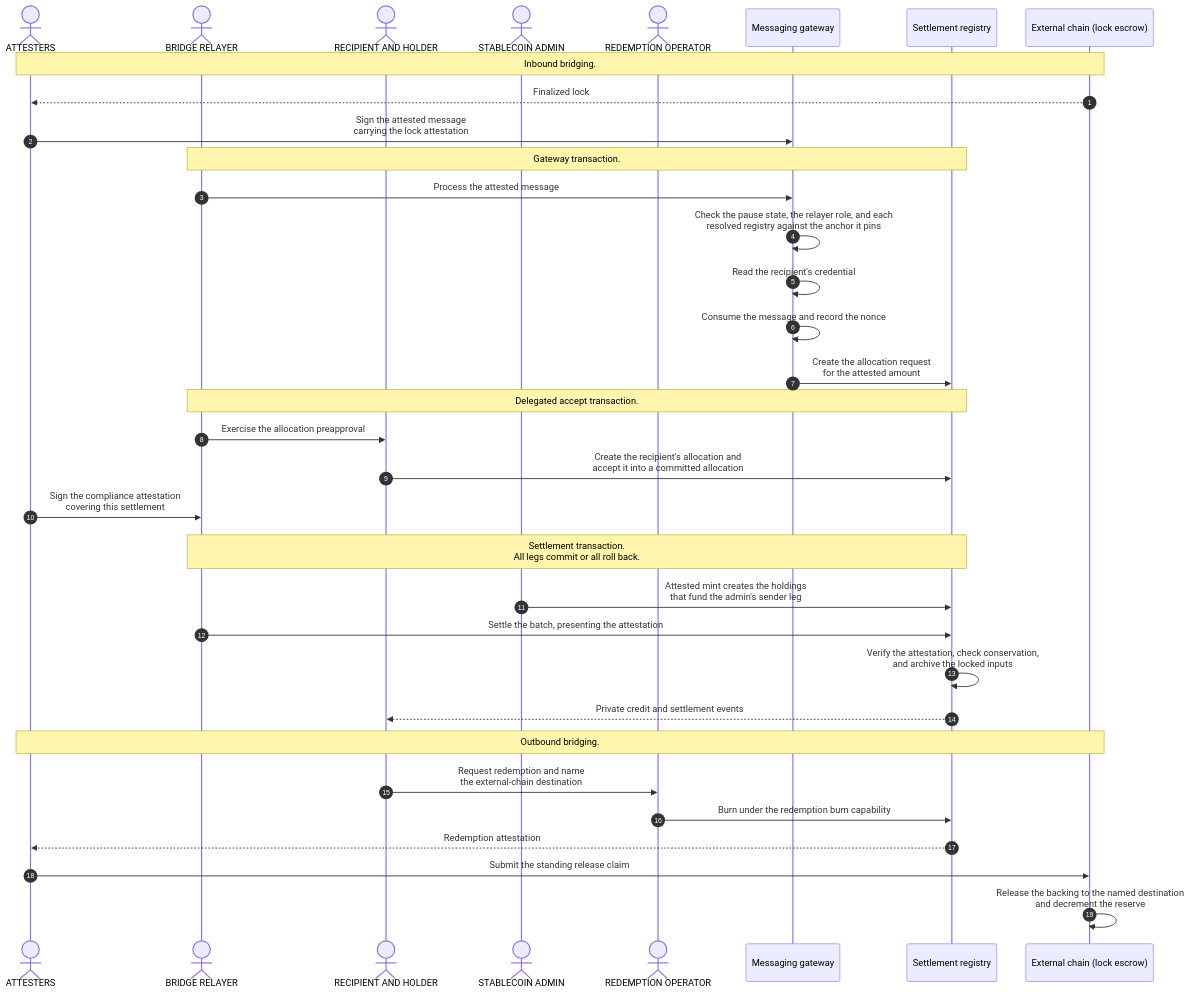
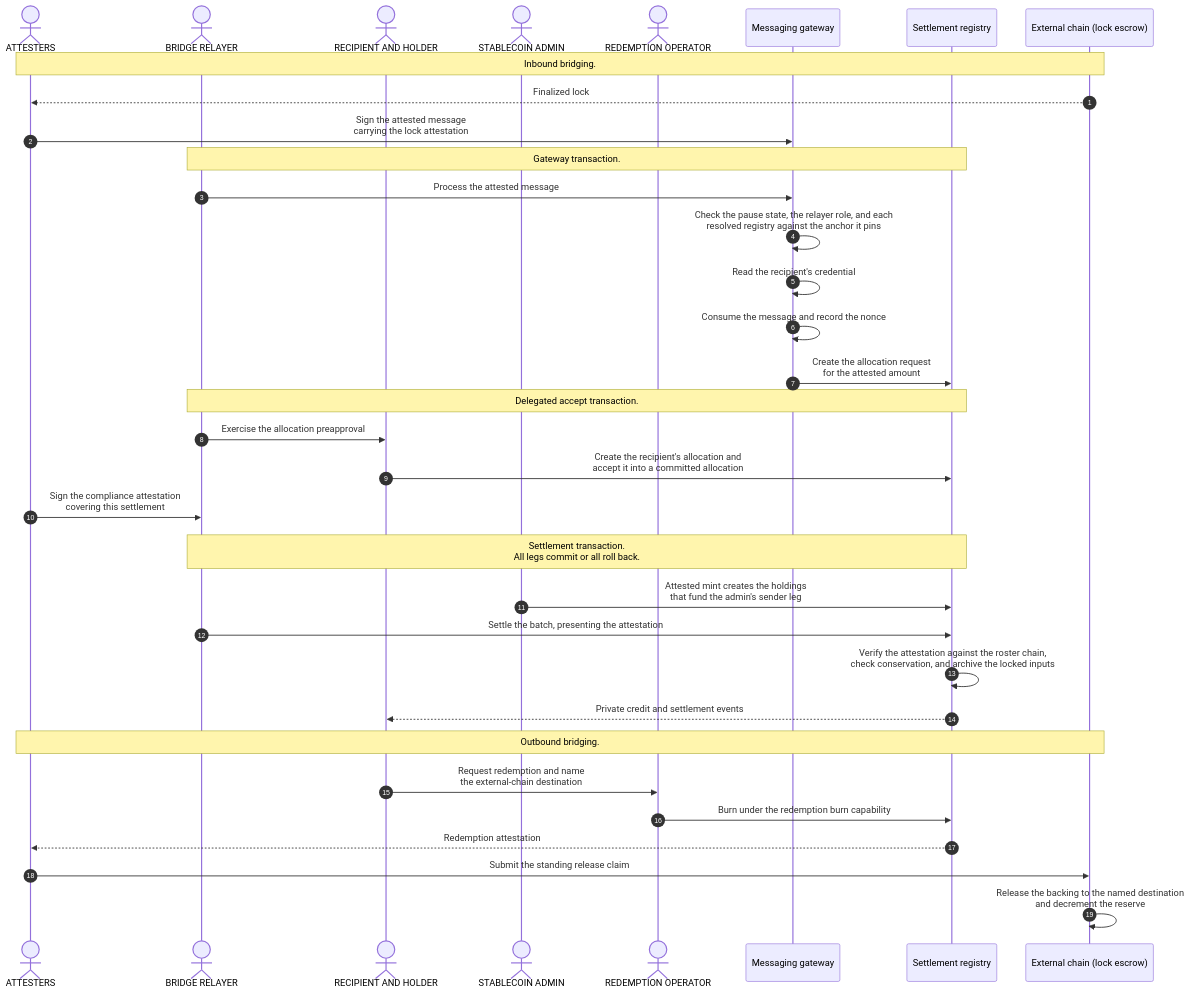
Before and after one commit to OpenZeppelin/canton-specs: the diagram in docs/reference-architectures/cross-chain-stablecoin.md, drawn with Mermaid. The commit also changed other lines of this file, not shown here.

First line of the commit message:
put the attester registry on the genesis successor chain

````diff
--- a/docs/reference-architectures/cross-chain-stablecoin.md
+++ b/docs/reference-architectures/cross-chain-stablecoin.md
@@ -260,39 +262,39 @@
 ```mermaid
 sequenceDiagram
     autonumber
     actor Attesters as ATTESTERS
     actor Relayer as BRIDGE RELAYER
     actor Recipient as RECIPIENT AND HOLDER
     actor Admin as STABLECOIN ADMIN
     actor Operator as REDEMPTION OPERATOR
     participant App as Messaging gateway
     participant Registry as Settlement registry
     participant Chain as External chain (lock escrow)
 
     Note over Attesters,Chain: Inbound bridging.
     Chain-->>Attesters: Finalized lock
     Attesters->>App: Sign the attested message<br/>carrying the lock attestation
     Note over Relayer,Registry: Gateway transaction.
     Relayer->>App: Process the attested message
     App->>App: Check the pause state, the relayer role, and each<br/>resolved registry against the anchor it pins
     App->>App: Read the recipient's credential
     App->>App: Consume the message and record the nonce
     App->>Registry: Create the allocation request<br/>for the attested amount
     Note over Relayer,Registry: Delegated accept transaction.
     Relayer->>Recipient: Exercise the allocation preapproval
     Recipient->>Registry: Create the recipient's allocation and<br/>accept it into a committed allocation
     Attesters->>Relayer: Sign the compliance attestation<br/>covering this settlement
     rect rgba(255, 255, 255, .1)
         Note over Relayer,Registry: Settlement transaction.<br/>All legs commit or all roll back.
         Admin->>Registry: Attested mint creates the holdings<br/>that fund the admin's sender leg
         Relayer->>Registry: Settle the batch, presenting the attestation
-        Registry->>Registry: Verify the attestation, check conservation,<br/>and archive the locked inputs
+        Registry->>Registry: Verify the attestation against the roster chain,<br/>check conservation, and archive the locked inputs
         Registry-->>Recipient: Private credit and settlement events
     end
     Note over Attesters,Chain: Outbound bridging.
     Recipient->>Operator: Request redemption and name<br/>the external-chain destination
     Operator->>Registry: Burn under the redemption burn capability
     Registry-->>Attesters: Redemption attestation
     Attesters->>Chain: Submit the standing release claim
     Chain->>Chain: Release the backing to the named destination<br/>and decrement the reserve
 ```
````
